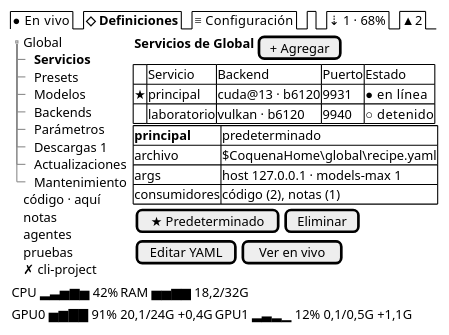
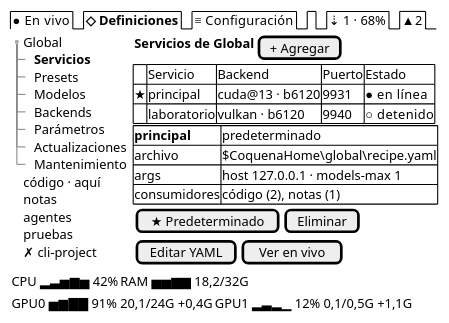
One commit to mstranich/coquena changed the diagram in docs/design/tui/M-definiciones-servicios.salt.puml. Above: the diagram before and after it, drawn with PlantUML. The commit also changed 23 other files, not shown here.

```diff
--- a/docs/design/tui/M-definiciones-servicios.salt.puml
+++ b/docs/design/tui/M-definiciones-servicios.salt.puml
@@ -1,42 +1,41 @@
 @startsalt
 {
   {/ ● En vivo | <b>◇ Definiciones | ≡ Configuración | . | ⇣ 1 · 68% | ▲ 2 }
   {
     {
     {T
       + Global
       ++ <b>Servicios
       ++ Presets
       ++ Modelos
       ++ Backends
       ++ Parámetros
-      ++ Descargas 1
       ++ Actualizaciones
       ++ Mantenimiento
       + código · aquí
       + notas
       + agentes
       + pruebas
       + ✗ cli-project
     }
     } | {
       { <b>Servicios de Global | [+ Agregar] }
       {#
         . | Servicio | Backend | Puerto | Estado
         ★ | principal | cuda@13 · b6120 | 9931 | ● en línea
         . | laboratorio | vulkan · b6120 | 9940 | ○ detenido
       }
       {#
         <b>principal | predeterminado
         archivo | $CoquenaHome\global\recipe.yaml
         args | host 127.0.0.1 · models-max 1
         consumidores | código (2), notas (1)
       }
       { [★ Predeterminado] | [Eliminar] }
       { [Editar YAML] | [Ver en vivo] }
     }
   }
   { CPU ▂▃▅▆▅ 42% | RAM ▅▅▆▆ 18,2/32G }
   { GPU0 ▅▆▇▇ 91% 20,1/24G +0,4G | GPU1 ▂▃▂▁ 12% 0,1/0,5G +1,1G }
 }
 @endsalt
```
